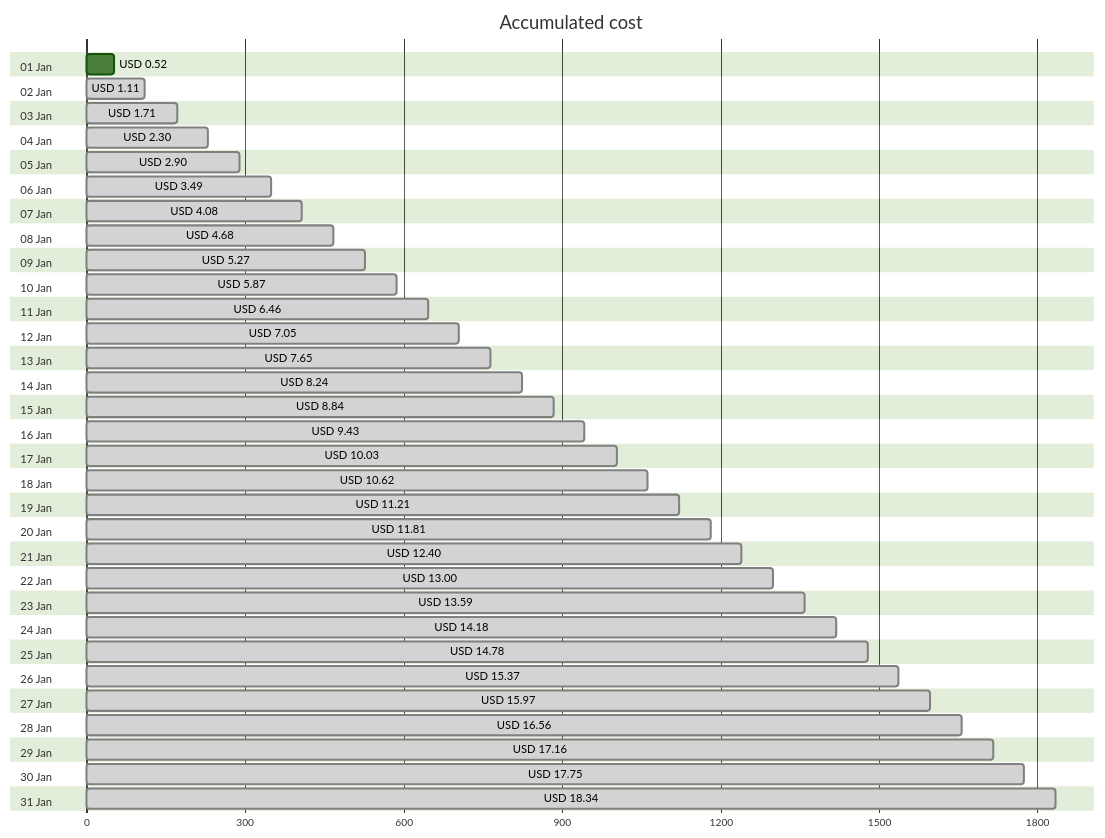
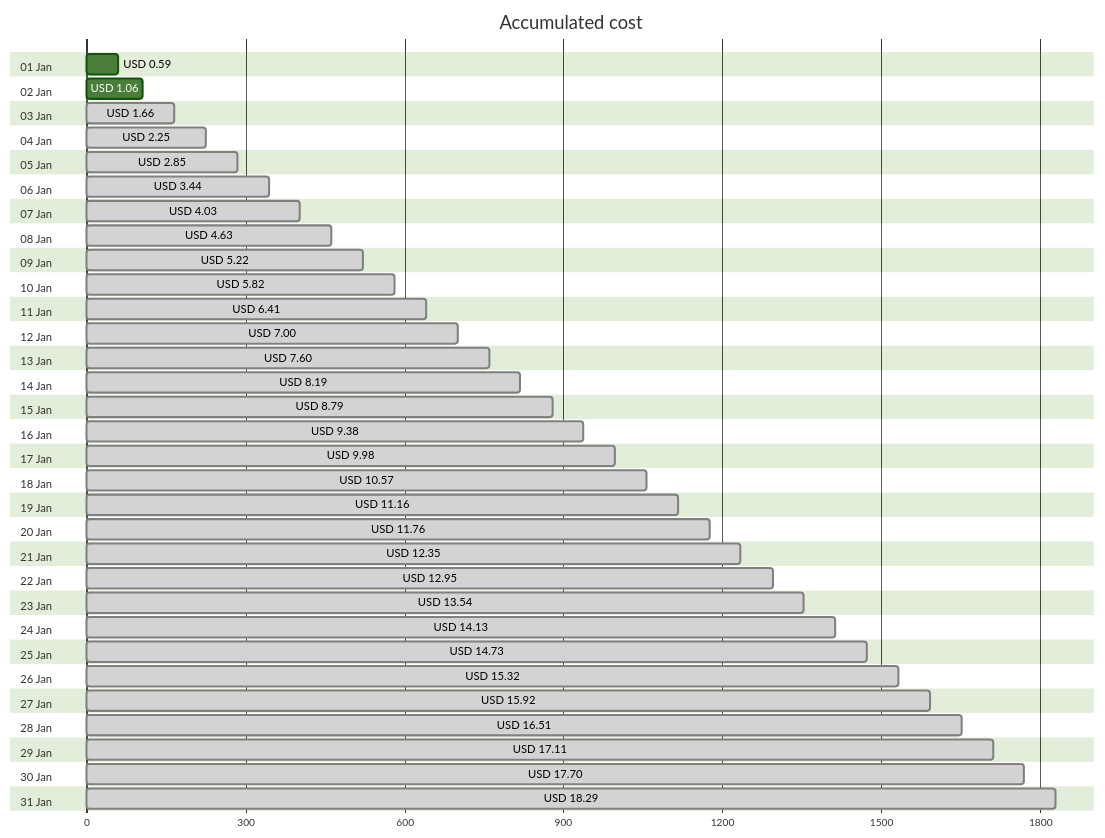
One commit to jpfulton/azure-personal-reports changed the first of 4 diagrams in cost-reports/personal-site/README.md. Above: the diagram before and after it, drawn with Mermaid (forest theme). The commit also changed other lines of this file and 6 other files, not shown here.

````diff
--- a/cost-reports/personal-site/README.md
+++ b/cost-reports/personal-site/README.md
@@ -20,68 +20,68 @@
 ```mermaid
 gantt
    title Accumulated cost
    dateFormat  X
    axisFormat %s
    section 01 Jan
-   USD 0.52 :0, 52
+   USD 0.59 :0, 59
    section 02 Jan
-   USD 1.11 : done, 0, 111
+   USD 1.06 :0, 106
    section 03 Jan
-   USD 1.71 : done, 0, 171
+   USD 1.66 : done, 0, 166
    section 04 Jan
-   USD 2.30 : done, 0, 230
+   USD 2.25 : done, 0, 225
    section 05 Jan
-   USD 2.90 : done, 0, 290
+   USD 2.85 : done, 0, 285
    section 06 Jan
-   USD 3.49 : done, 0, 349
+   USD 3.44 : done, 0, 344
    section 07 Jan
-   USD 4.08 : done, 0, 408
+   USD 4.03 : done, 0, 403
    section 08 Jan
-   USD 4.68 : done, 0, 468
+   USD 4.63 : done, 0, 463
    section 09 Jan
-   USD 5.27 : done, 0, 527
+   USD 5.22 : done, 0, 522
    section 10 Jan
-   USD 5.87 : done, 0, 587
+   USD 5.82 : done, 0, 582
    section 11 Jan
-   USD 6.46 : done, 0, 646
+   USD 6.41 : done, 0, 641
    section 12 Jan
-   USD 7.05 : done, 0, 705
+   USD 7.00 : done, 0, 700
    section 13 Jan
-   USD 7.65 : done, 0, 765
+   USD 7.60 : done, 0, 760
    section 14 Jan
-   USD 8.24 : done, 0, 824
+   USD 8.19 : done, 0, 819
    section 15 Jan
-   USD 8.84 : done, 0, 884
+   USD 8.79 : done, 0, 879
    section 16 Jan
-   USD 9.43 : done, 0, 943
+   USD 9.38 : done, 0, 938
    section 17 Jan
-   USD 10.03 : done, 0, 1003
+   USD 9.98 : done, 0, 998
    section 18 Jan
-   USD 10.62 : done, 0, 1062
+   USD 10.57 : done, 0, 1057
    section 19 Jan
-   USD 11.21 : done, 0, 1121
+   USD 11.16 : done, 0, 1116
    section 20 Jan
-   USD 11.81 : done, 0, 1181
+   USD 11.76 : done, 0, 1176
    section 21 Jan
-   USD 12.40 : done, 0, 1240
+   USD 12.35 : done, 0, 1235
    section 22 Jan
-   USD 13.00 : done, 0, 1300
+   USD 12.95 : done, 0, 1295
    section 23 Jan
-   USD 13.59 : done, 0, 1359
+   USD 13.54 : done, 0, 1354
    section 24 Jan
-   USD 14.18 : done, 0, 1418
+   USD 14.13 : done, 0, 1413
    section 25 Jan
-   USD 14.78 : done, 0, 1478
+   USD 14.73 : done, 0, 1473
    section 26 Jan
-   USD 15.37 : done, 0, 1537
+   USD 15.32 : done, 0, 1532
    section 27 Jan
-   USD 15.97 : done, 0, 1597
+   USD 15.92 : done, 0, 1592
    section 28 Jan
-   USD 16.56 : done, 0, 1656
+   USD 16.51 : done, 0, 1651
    section 29 Jan
-   USD 17.16 : done, 0, 1716
+   USD 17.11 : done, 0, 1711
    section 30 Jan
-   USD 17.75 : done, 0, 1775
+   USD 17.70 : done, 0, 1770
    section 31 Jan
-   USD 18.34 : done, 0, 1834
+   USD 18.29 : done, 0, 1829
 ```
````
